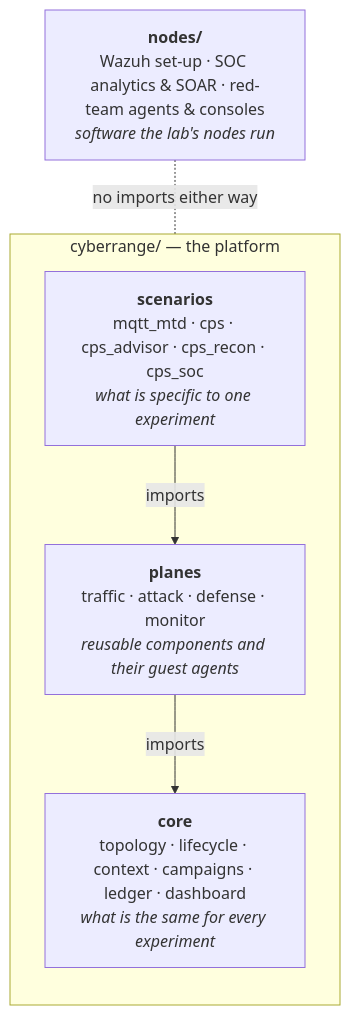
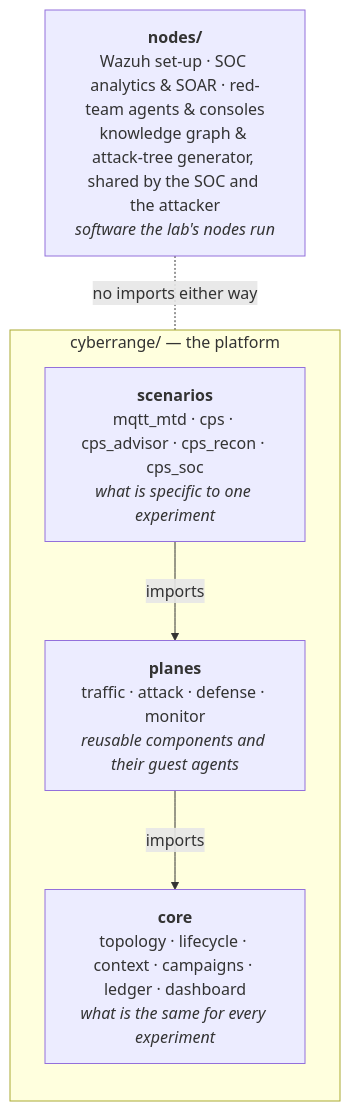
One commit to tcaiazzi/smart-grid-mtd changed the first of 4 diagrams in docs/platform-overview.md. Above: the diagram before and after it, drawn with Mermaid. The commit also changed other lines of this file and 18 other files, not shown here.

Commit message:
Bring the documentation up to date with the lab, plant and tree refactors

````diff
--- a/docs/platform-overview.md
+++ b/docs/platform-overview.md
@@ -50,13 +50,13 @@
 ```mermaid
 flowchart TB
   subgraph cyberrange["cyberrange/ — the platform"]
     direction TB
     scenarios["<b>scenarios</b><br/>mqtt_mtd · cps · cps_advisor · cps_recon · cps_soc<br/><i>what is specific to one experiment</i>"]
     planes["<b>planes</b><br/>traffic · attack · defense · monitor<br/><i>reusable components and their guest agents</i>"]
     core["<b>core</b><br/>topology · lifecycle · context · campaigns · ledger · dashboard<br/><i>what is the same for every experiment</i>"]
     scenarios -->|imports| planes
     planes -->|imports| core
   end
-  nodes["<b>nodes/</b><br/>Wazuh set-up · SOC analytics &amp; SOAR · red-team agents &amp; consoles<br/><i>software the lab's nodes run</i>"]
+  nodes["<b>nodes/</b><br/>Wazuh set-up · SOC analytics &amp; SOAR · red-team agents &amp; consoles<br/>knowledge graph &amp; attack-tree generator, shared by the SOC and the attacker<br/><i>software the lab's nodes run</i>"]
   nodes -. "no imports either way" .- cyberrange
 ```
````
